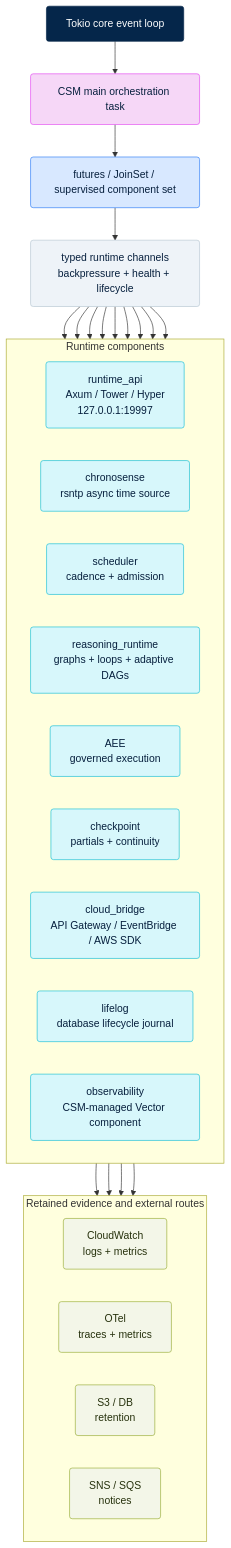
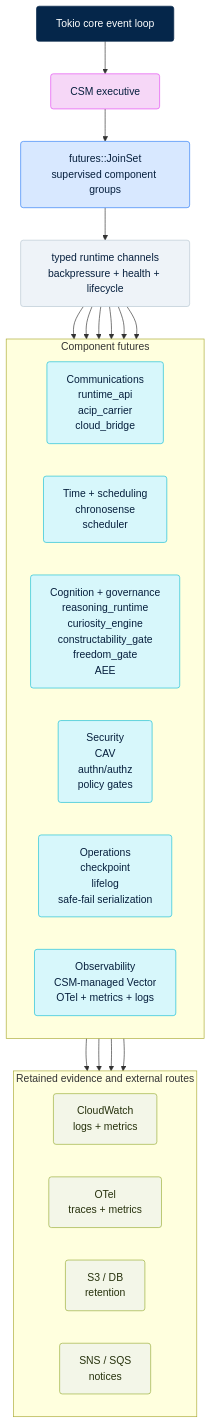
Before and after one commit to agent-logic/agent-design-language: the diagram in docs/milestones/v0.91.7/review/runtime/csm_runtime_topology_5068.mmd, drawn with Mermaid. The commit also changed 3 other files, not shown here.

Commit message:
docs(runtime): publish WP-07A CSM topology packet

```diff
--- a/docs/milestones/v0.91.7/review/runtime/csm_runtime_topology_5068.mmd
+++ b/docs/milestones/v0.91.7/review/runtime/csm_runtime_topology_5068.mmd
@@ -1,57 +1,51 @@
 flowchart TD
   tokio["Tokio core event loop"]
-  main["CSM main orchestration task"]
-  supervisor["futures / JoinSet / supervised component set"]
+  main["CSM executive"]
+  supervisor["futures::JoinSet<br/>supervised component groups"]
   bus["typed runtime channels<br/>backpressure + health + lifecycle"]
 
   tokio --> main --> supervisor --> bus
 
-  subgraph components["Runtime components"]
+  subgraph groups["Component futures"]
     direction LR
-    api["runtime_api<br/>Axum / Tower / Hyper<br/>127.0.0.1:19997"]
-    chronosense["chronosense<br/>rsntp async time source"]
-    scheduler["scheduler<br/>cadence + admission"]
-    reasoning["reasoning_runtime<br/>graphs + loops + adaptive DAGs"]
-    aee["AEE<br/>governed execution"]
-    checkpoint["checkpoint<br/>partials + continuity"]
-    cloud["cloud_bridge<br/>API Gateway / EventBridge / AWS SDK"]
-    lifelog["lifelog<br/>database lifecycle journal"]
-    observability["observability<br/>CSM-managed Vector component"]
+    communications["Communications<br/>runtime_api<br/>acip_carrier<br/>cloud_bridge"]
+    temporal["Time + scheduling<br/>chronosense<br/>scheduler"]
+    cognition["Cognition + governance<br/>reasoning_runtime<br/>curiosity_engine<br/>constructability_gate<br/>freedom_gate<br/>AEE"]
+    security["Security<br/>CAV<br/>authn/authz<br/>policy gates"]
+    operations["Operations<br/>checkpoint<br/>lifelog<br/>safe-fail serialization"]
+    observability["Observability<br/>CSM-managed Vector<br/>OTel + metrics + logs"]
   end
 
-  bus --> api
-  bus --> chronosense
-  bus --> scheduler
-  bus --> reasoning
-  bus --> aee
-  bus --> checkpoint
-  bus --> cloud
-  bus --> lifelog
+  bus --> communications
+  bus --> temporal
+  bus --> cognition
+  bus --> security
+  bus --> operations
   bus --> observability
 
   subgraph sinks["Retained evidence and external routes"]
     direction LR
     cloudwatch["CloudWatch<br/>logs + metrics"]
     otel["OTel<br/>traces + metrics"]
     storage["S3 / DB<br/>retention"]
     notices["SNS / SQS<br/>notices"]
   end
 
   observability --> cloudwatch
   observability --> otel
-  lifelog --> storage
-  cloud --> notices
+  operations --> storage
+  communications --> notices
 
   classDef core fill:#05264a,stroke:#05264a,color:#ffffff,rx:4,ry:4;
   classDef task fill:#f6d7f7,stroke:#e34cf2,color:#061f3d,rx:4,ry:4;
   classDef set fill:#d8e8ff,stroke:#2f7df6,color:#061f3d,rx:4,ry:4;
   classDef bus fill:#eef3f8,stroke:#b9c7d3,color:#061f3d,rx:4,ry:4;
   classDef component fill:#d7f7fb,stroke:#18bfd6,color:#061f3d,rx:4,ry:4;
   classDef sink fill:#f3f6e8,stroke:#9aae39,color:#26310c,rx:4,ry:4;
 
   class tokio core;
   class main task;
   class supervisor set;
   class bus bus;
-  class api,chronosense,scheduler,reasoning,aee,checkpoint,cloud,lifelog,observability component;
+  class communications,temporal,cognition,security,operations,observability component;
   class cloudwatch,otel,storage,notices sink;
```
